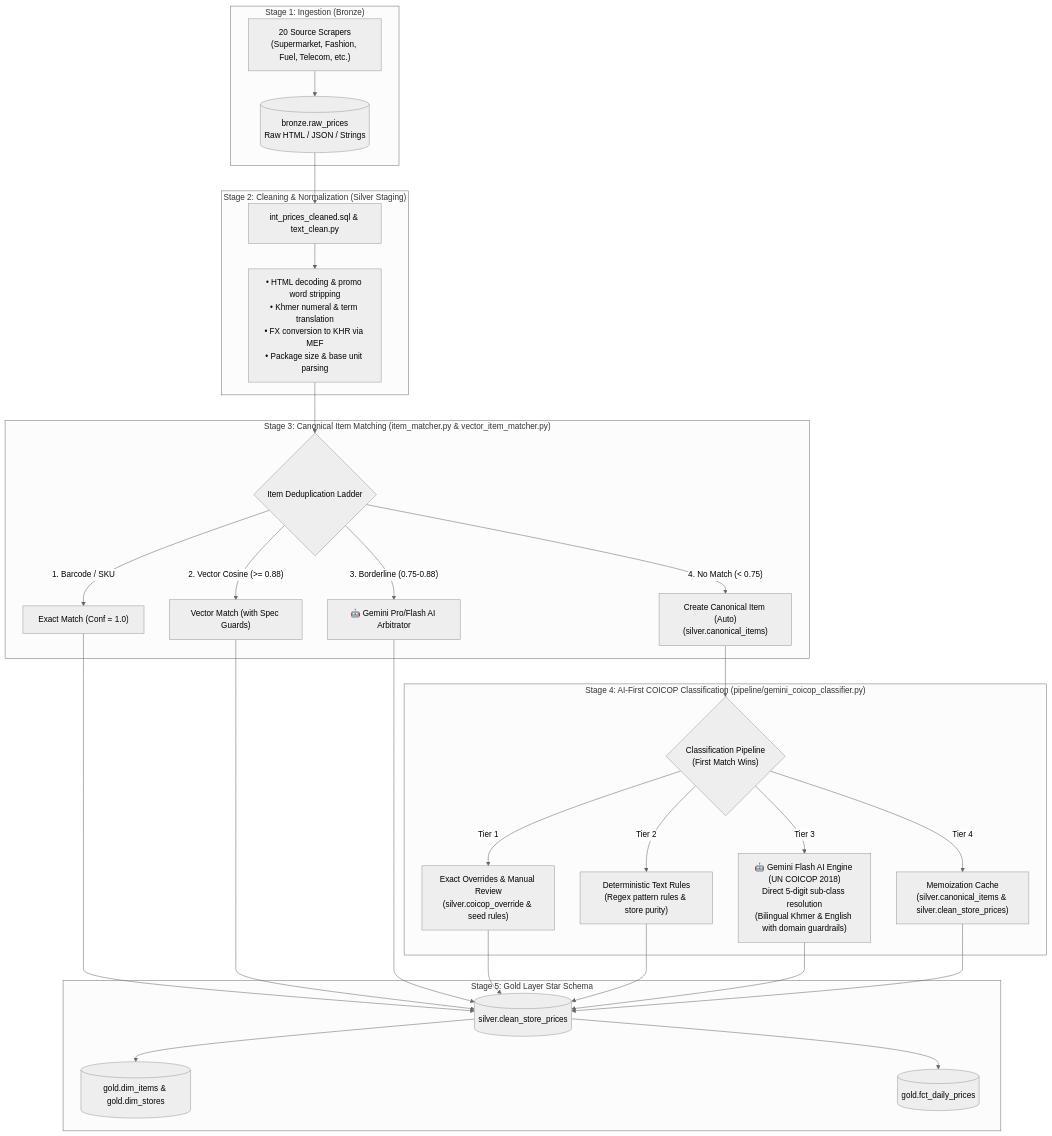
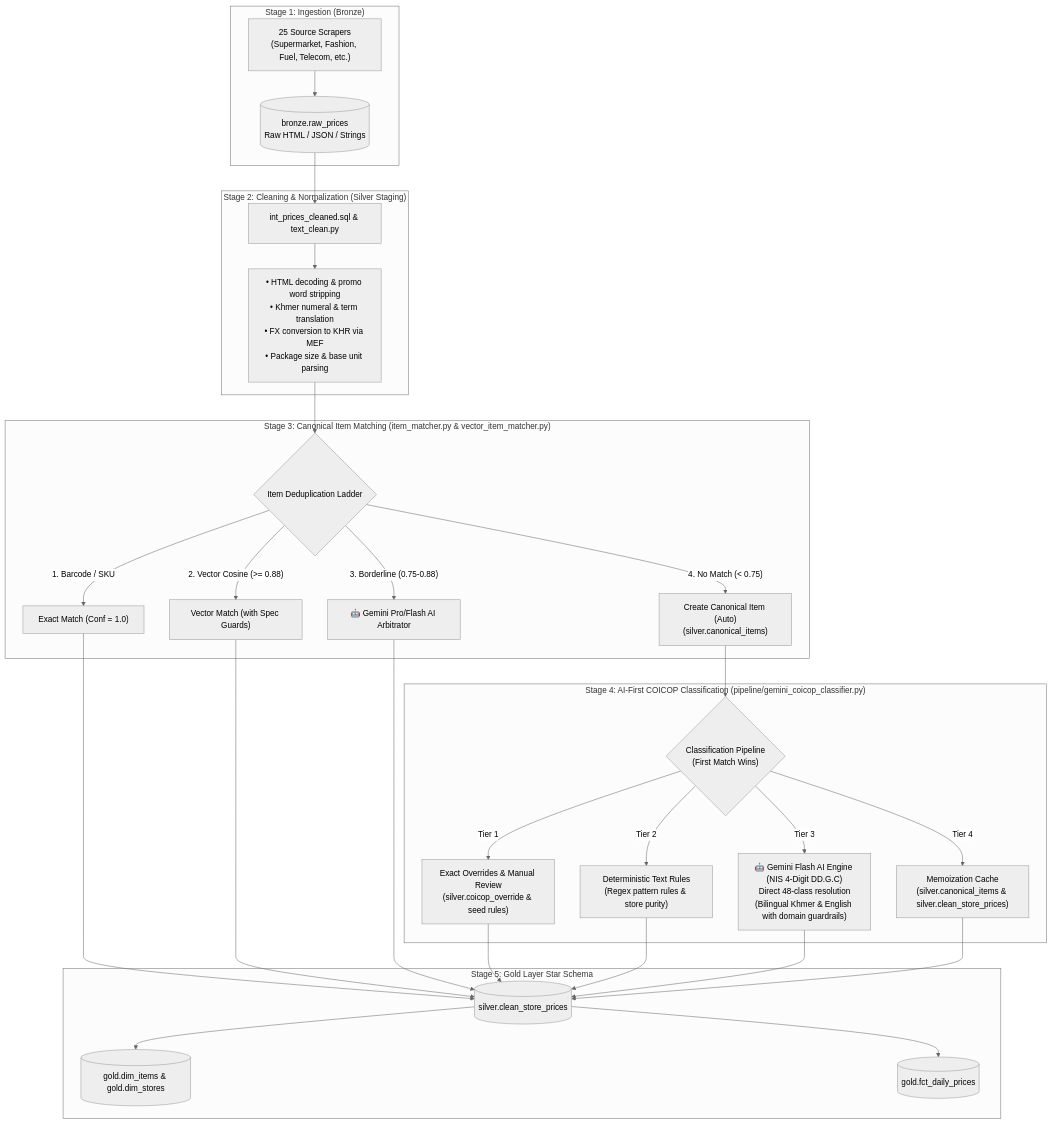
Before and after one commit to Korngmeng-Taing/Cambodia-cpi-pipeline: the diagram in docs/PRODUCT_CLASSIFICATION_WORKFLOW.md, drawn with Mermaid (neutral theme). The commit also changed other lines of this file and 5 other files, not shown here.

Commit message:
docs: synchronize all project handbooks and documentation with live 4-digit NIS taxonomy and Airflow performance optimizations

````diff
--- a/docs/PRODUCT_CLASSIFICATION_WORKFLOW.md
+++ b/docs/PRODUCT_CLASSIFICATION_WORKFLOW.md
@@ -14,34 +14,34 @@
 ```mermaid
 flowchart TD
     subgraph S1["Stage 1: Ingestion (Bronze)"]
-        A["20 Source Scrapers\n(Supermarket, Fashion, Fuel, Telecom, etc.)"] --> B[("bronze.raw_prices\nRaw HTML / JSON / Strings")]
+        A["25 Source Scrapers\n(Supermarket, Fashion, Fuel, Telecom, etc.)"] --> B[("bronze.raw_prices\nRaw HTML / JSON / Strings")]
     end
 
     subgraph S2["Stage 2: Cleaning & Normalization (Silver Staging)"]
         B --> C["int_prices_cleaned.sql & text_clean.py"]
         C --> C1["• HTML decoding & promo word stripping\n• Khmer numeral & term translation\n• FX conversion to KHR via MEF\n• Package size & base unit parsing"]
     end
 
     subgraph S3["Stage 3: Canonical Item Matching (item_matcher.py & vector_item_matcher.py)"]
         C1 --> D{"Item Deduplication Ladder"}
         D -- "1. Barcode / SKU" --> E["Exact Match (Conf = 1.0)"]
         D -- "2. Vector Cosine (>= 0.88)" --> F["Vector Match (with Spec Guards)"]
         D -- "3. Borderline (0.75-0.88)" --> F1["🤖 Gemini Pro/Flash AI Arbitrator"]
         D -- "4. No Match (< 0.75)" --> G["Create Canonical Item (Auto)\n(silver.canonical_items)"]
     end
 
     subgraph S4["Stage 4: AI-First COICOP Classification (pipeline/gemini_coicop_classifier.py)"]
         G --> H{"Classification Pipeline\n(First Match Wins)"}
         H -- "Tier 1" --> I["Exact Overrides & Manual Review\n(silver.coicop_override & seed rules)"]
         H -- "Tier 2" --> I2["Deterministic Text Rules\n(Regex pattern rules & store purity)"]
-        H -- "Tier 3" --> M["🤖 Gemini Flash AI Engine (UN COICOP 2018)\nDirect 5-digit sub-class resolution\n(Bilingual Khmer & English with domain guardrails)"]
+        H -- "Tier 3" --> M["🤖 Gemini Flash AI Engine (NIS 4-Digit DD.G.C)\nDirect 48-class resolution\n(Bilingual Khmer & English with domain guardrails)"]
         H -- "Tier 4" --> N["Memoization Cache\n(silver.canonical_items & silver.clean_store_prices)"]
     end
 
 
     subgraph S7["Stage 5: Gold Layer Star Schema"]
         E & F & F1 & I & I2 & M & N --> T[("silver.clean_store_prices")]
         T --> U[("gold.dim_items & gold.dim_stores")]
         T --> V[("gold.fct_daily_prices")]
     end
 ```
````
